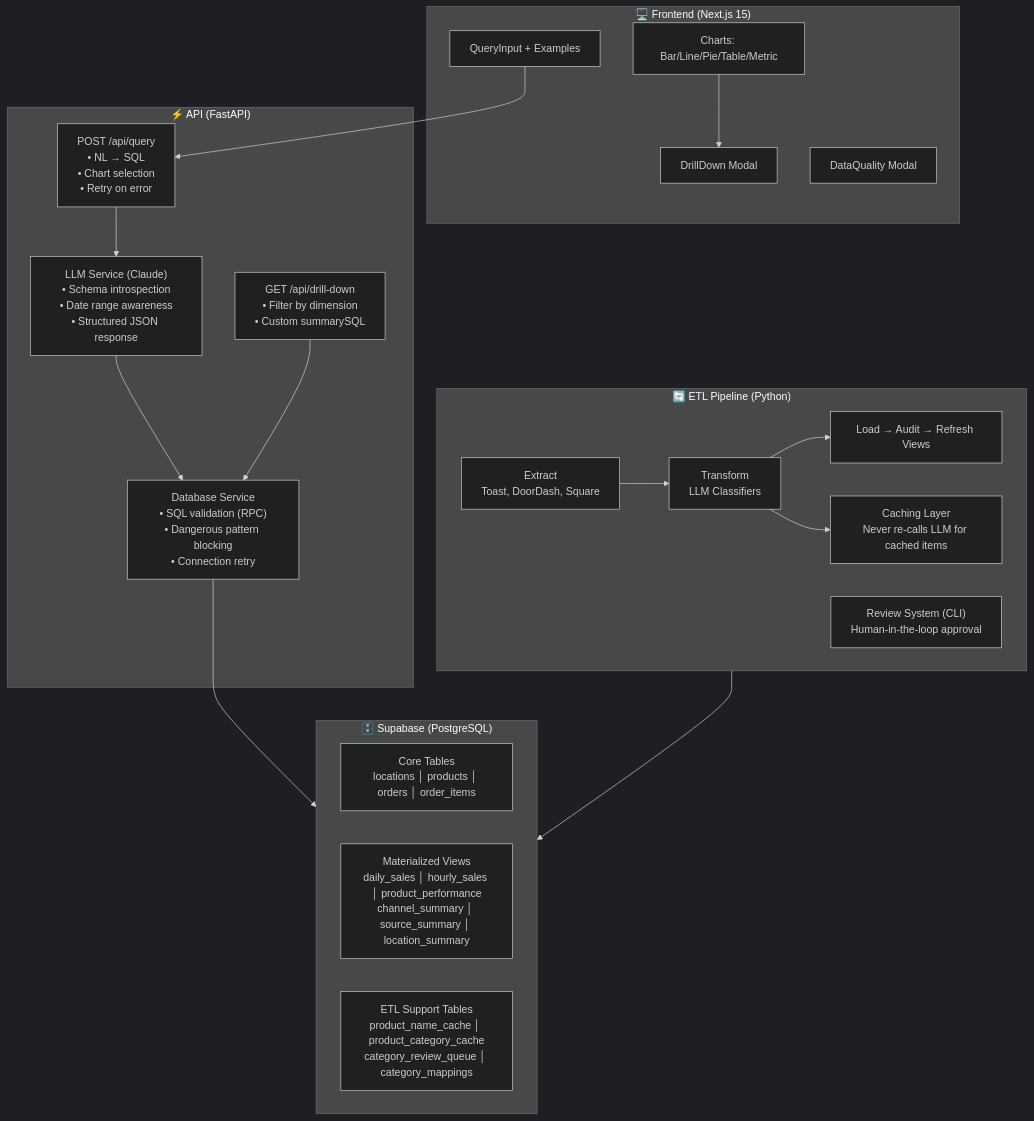
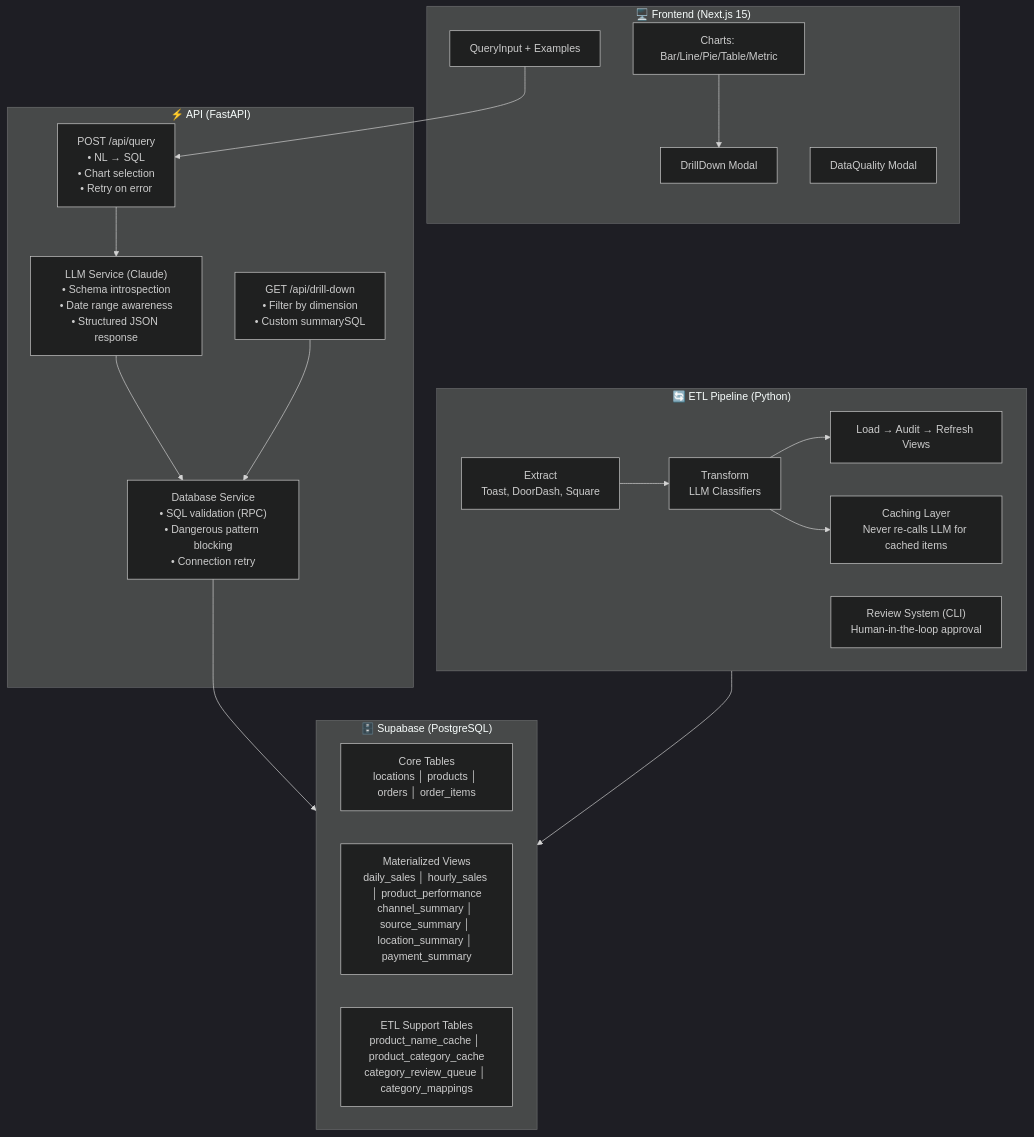
One commit to nikhi3632/clave changed the first of 3 diagrams in README.md. Above: the diagram before and after it, drawn with Mermaid (dark theme). The commit also changed other lines of this file and 1 other file, not shown here.

Commit message:
refactor

````diff
--- a/README.md
+++ b/README.md
@@ -128,39 +128,39 @@
 ```mermaid
 flowchart TB
     subgraph Frontend["🖥️ Frontend (Next.js 15)"]
         QI[QueryInput + Examples]
         Charts[Charts: Bar/Line/Pie/Table/Metric]
         Drill[DrillDown Modal]
         DQ[DataQuality Modal]
     end
 
     subgraph API["⚡ API (FastAPI)"]
         Query["POST /api/query<br/>• NL → SQL<br/>• Chart selection<br/>• Retry on error"]
         DrillAPI["GET /api/drill-down<br/>• Filter by dimension<br/>• Custom summarySQL"]
         LLM["LLM Service (Claude)<br/>• Schema introspection<br/>• Date range awareness<br/>• Structured JSON response"]
         DB["Database Service<br/>• SQL validation (RPC)<br/>• Dangerous pattern blocking<br/>• Connection retry"]
     end
 
     subgraph Supabase["🗄️ Supabase (PostgreSQL)"]
         Core["Core Tables<br/>locations │ products │ orders │ order_items"]
-        Views["Materialized Views<br/>daily_sales │ hourly_sales │ product_performance<br/>channel_summary │ source_summary │ location_summary"]
+        Views["Materialized Views<br/>daily_sales │ hourly_sales │ product_performance<br/>channel_summary │ source_summary │ location_summary │ payment_summary"]
         ETLTables["ETL Support Tables<br/>product_name_cache │ product_category_cache<br/>category_review_queue │ category_mappings"]
     end
 
     subgraph ETL["🔄 ETL Pipeline (Python)"]
         Extract["Extract<br/>Toast, DoorDash, Square"]
         Transform["Transform<br/>LLM Classifiers"]
         Load["Load → Audit → Refresh Views"]
         Cache["Caching Layer<br/>Never re-calls LLM for cached items"]
         Review["Review System (CLI)<br/>Human-in-the-loop approval"]
     end
 
     QI --> Query
     Charts --> Drill
     Query --> LLM --> DB
     DrillAPI --> DB
     DB --> Supabase
     ETL --> Supabase
     Extract --> Transform --> Load
     Transform --> Cache
 ```
````
